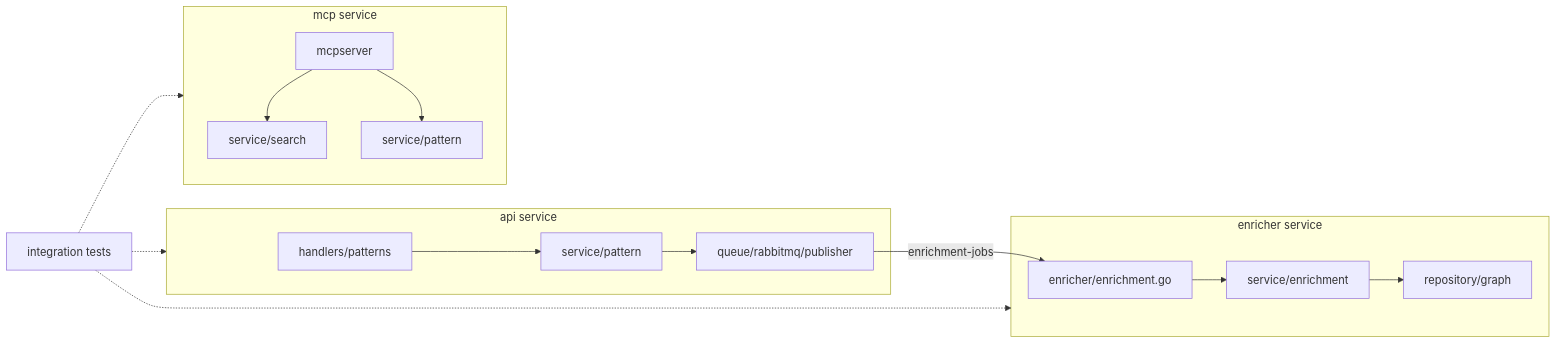
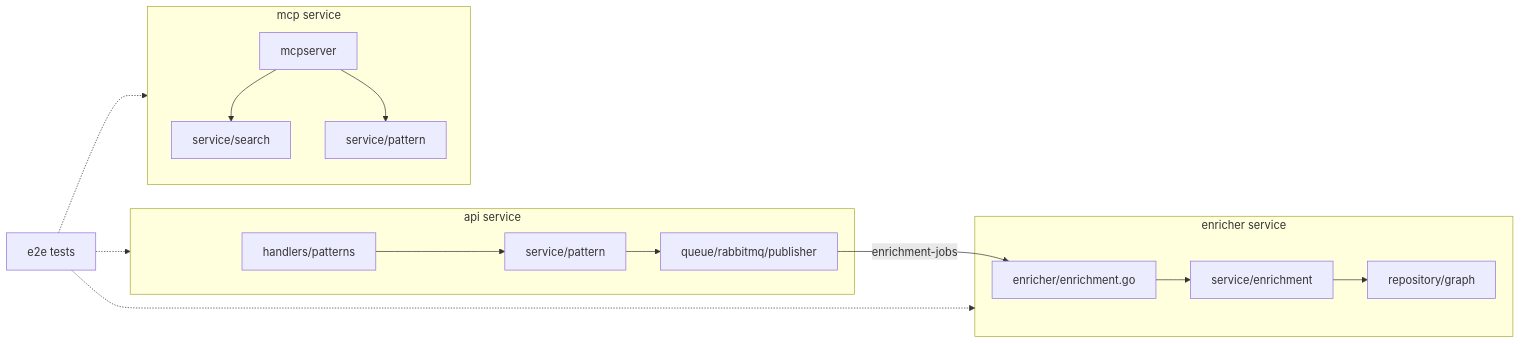
The diagram in docs/design/requirements-traceability.md (twistingmercury/mnemonic), drawn with Mermaid before and after one commit. The commit also changed other lines of this file and 6 other files, not shown here.

````diff
--- a/docs/design/requirements-traceability.md
+++ b/docs/design/requirements-traceability.md
@@ -27,19 +27,19 @@
 ```mermaid
 flowchart LR
     subgraph API[api service]
         H[handlers/patterns] --> PS[service/pattern]
         PS --> PUB[queue/rabbitmq/publisher]
     end
     subgraph ENR[enricher service]
         W[enricher/enrichment.go] --> ES[service/enrichment]
         ES --> GR[repository/graph]
     end
     subgraph MCP[mcp service]
         T[mcpserver] --> SS[service/search]
         T --> PSV[service/pattern]
     end
     PUB -->|enrichment-jobs| W
-    IT[integration tests] -.-> API
-    IT -.-> MCP
-    IT -.-> ENR
+    E2E[e2e tests] -.-> API
+    E2E -.-> MCP
+    E2E -.-> ENR
 ```
````
